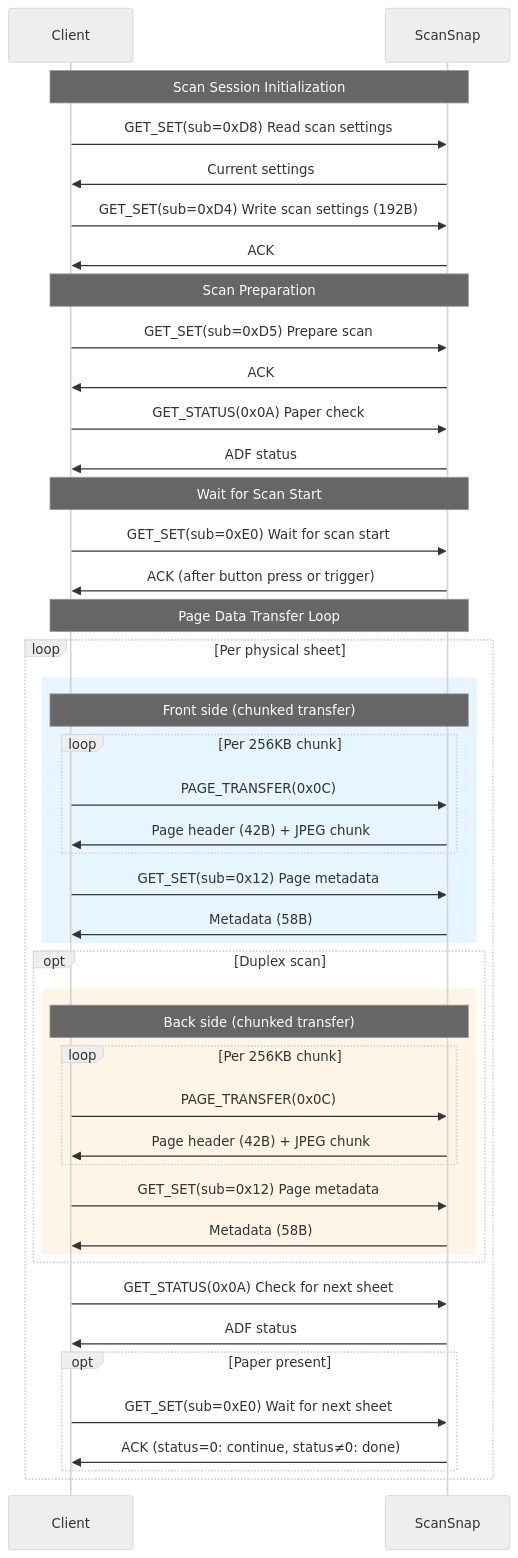
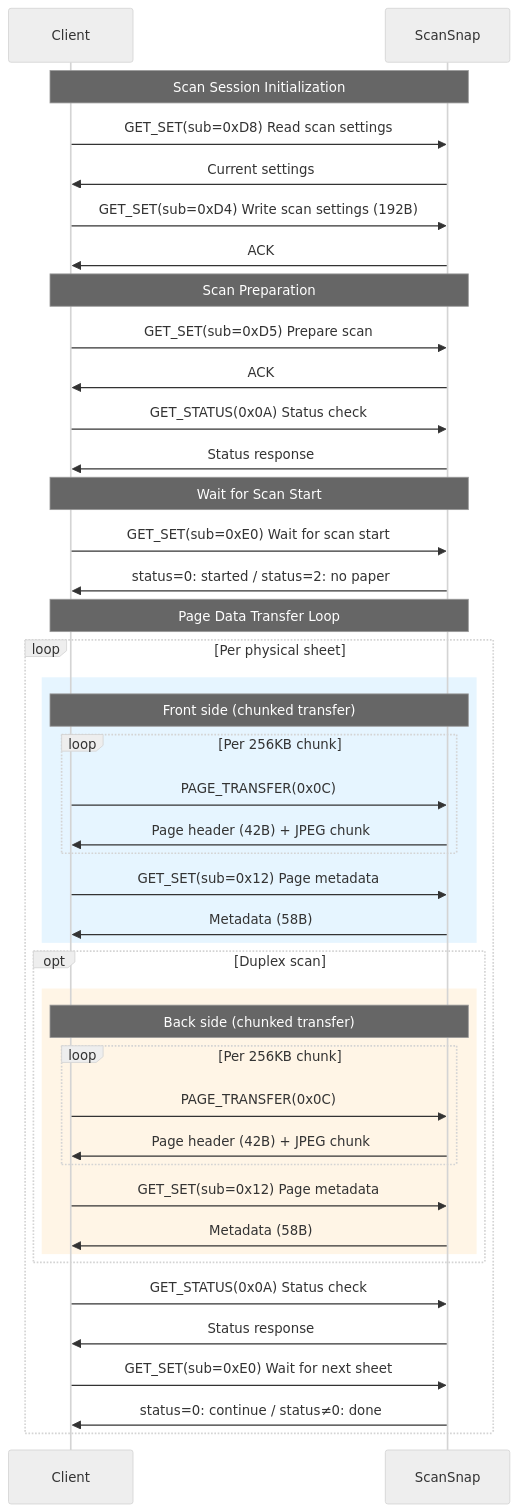
One commit to mzyy94/AirScap changed the third of 4 diagrams in protocol.en.md. Above: the diagram before and after it, drawn with Mermaid (neutral theme). The commit also changed other lines of this file and 7 other files, not shown here.

Commit message:
Fix ADF paper presence detection and page query protocol

````diff
--- a/protocol.en.md
+++ b/protocol.en.md
@@ -678,51 +701,49 @@
 ```mermaid
 sequenceDiagram
     participant C as Client
     participant S as ScanSnap
 
     Note over C,S: Scan Session Initialization
     C->>S: GET_SET(sub=0xD8) Read scan settings
     S->>C: Current settings
     C->>S: GET_SET(sub=0xD4) Write scan settings (192B)
     S->>C: ACK
 
     Note over C,S: Scan Preparation
     C->>S: GET_SET(sub=0xD5) Prepare scan
     S->>C: ACK
-    C->>S: GET_STATUS(0x0A) Paper check
-    S->>C: ADF status
+    C->>S: GET_STATUS(0x0A) Status check
+    S->>C: Status response
 
     Note over C,S: Wait for Scan Start
     C->>S: GET_SET(sub=0xE0) Wait for scan start
-    S->>C: ACK (after button press or trigger)
+    S->>C: status=0: started / status=2: no paper
 
     Note over C,S: Page Data Transfer Loop
     loop Per physical sheet
         rect rgb(230, 245, 255)
             Note over C,S: Front side (chunked transfer)
             loop Per 256KB chunk
                 C->>S: PAGE_TRANSFER(0x0C)
                 S->>C: Page header (42B) + JPEG chunk
             end
             C->>S: GET_SET(sub=0x12) Page metadata
             S->>C: Metadata (58B)
         end
         opt Duplex scan
             rect rgb(255, 245, 230)
                 Note over C,S: Back side (chunked transfer)
                 loop Per 256KB chunk
                     C->>S: PAGE_TRANSFER(0x0C)
                     S->>C: Page header (42B) + JPEG chunk
                 end
                 C->>S: GET_SET(sub=0x12) Page metadata
                 S->>C: Metadata (58B)
             end
         end
-        C->>S: GET_STATUS(0x0A) Check for next sheet
-        S->>C: ADF status
-        opt Paper present
-            C->>S: GET_SET(sub=0xE0) Wait for next sheet
-            S->>C: ACK (status=0: continue, status≠0: done)
-        end
+        C->>S: GET_STATUS(0x0A) Status check
+        S->>C: Status response
+        C->>S: GET_SET(sub=0xE0) Wait for next sheet
+        S->>C: status=0: continue / status≠0: done
     end
 ```
````
